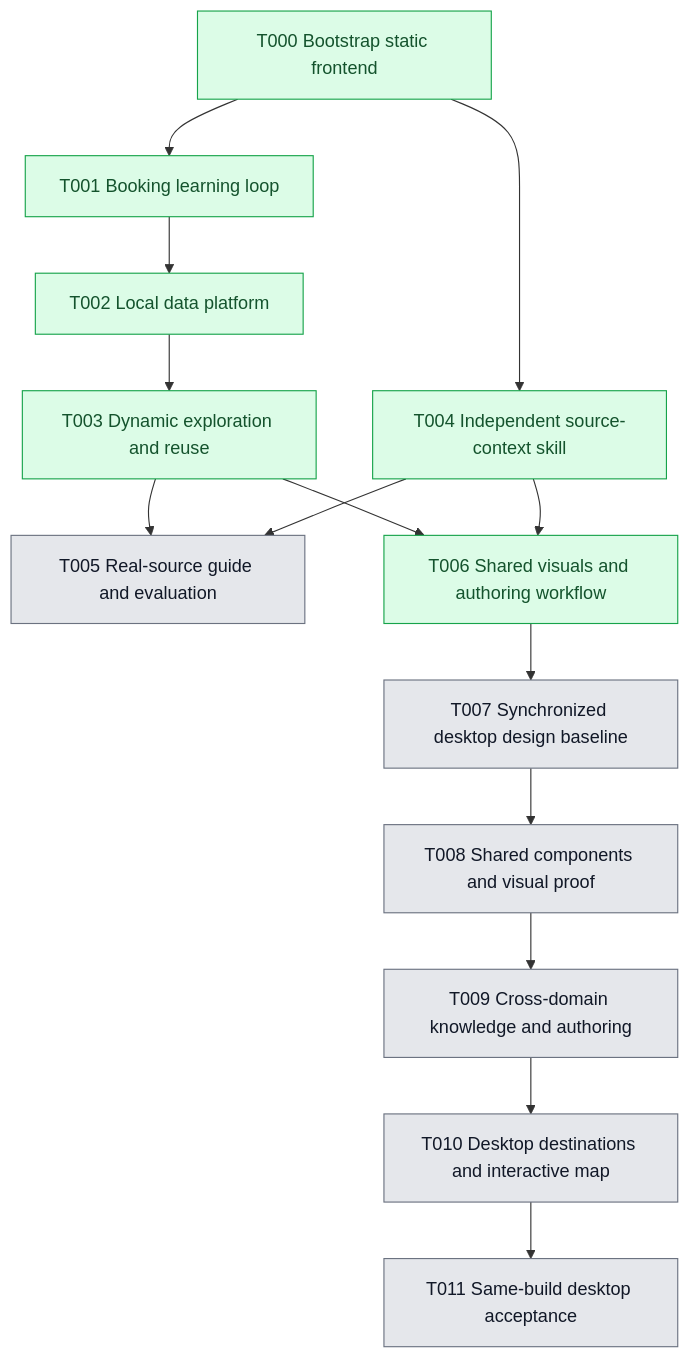
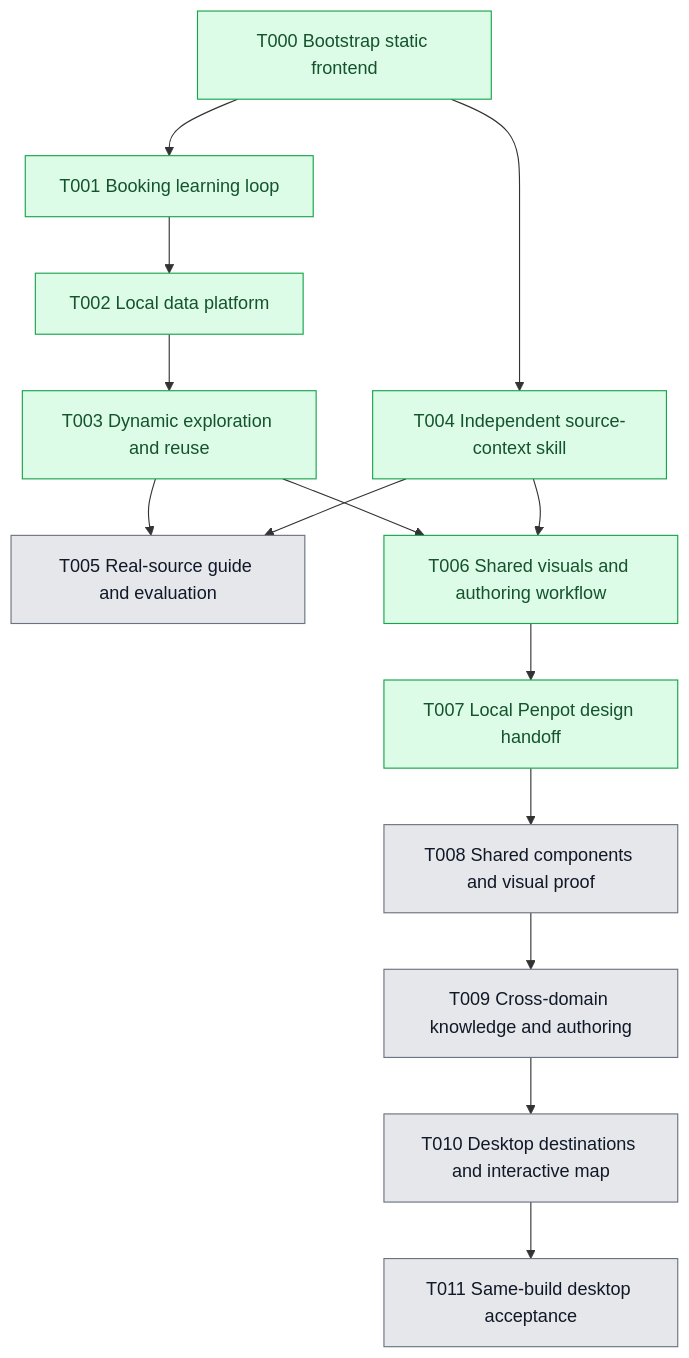
One commit to 0-sayed/atlas changed the diagram in planning/roadmap/dependencies.mmd. Above: the diagram before and after it, drawn with Mermaid. The commit also changed 10 other files, not shown here.

Commit message:
docs(t007): establish local Penpot design handoff (#10)

```diff
--- a/planning/roadmap/dependencies.mmd
+++ b/planning/roadmap/dependencies.mmd
@@ -1,35 +1,35 @@
 flowchart TD
   T000["T000 Bootstrap static frontend"]
   T001["T001 Booking learning loop"]
   T002["T002 Local data platform"]
   T003["T003 Dynamic exploration and reuse"]
   T004["T004 Independent source-context skill"]
   T005["T005 Real-source guide and evaluation"]
   T006["T006 Shared visuals and authoring workflow"]
-  T007["T007 Synchronized desktop design baseline"]
+  T007["T007 Local Penpot design handoff"]
   T008["T008 Shared components and visual proof"]
   T009["T009 Cross-domain knowledge and authoring"]
   T010["T010 Desktop destinations and interactive map"]
   T011["T011 Same-build desktop acceptance"]
 
   T000 --> T001
   T001 --> T002
   T002 --> T003
   T000 --> T004
   T003 --> T005
   T004 --> T005
   T003 --> T006
   T004 --> T006
   T006 --> T007
   T007 --> T008
   T008 --> T009
   T009 --> T010
   T010 --> T011
 
   %% T005 human evaluation remains independent; it does not block desktop delivery.
 
   %% Match each node's class to the Done column in tasks.md.
   classDef pending fill:#E5E7EB,stroke:#6B7280,color:#111827
   classDef done fill:#DCFCE7,stroke:#16A34A,color:#14532D
-  class T000,T001,T002,T003,T004,T006 done
-  class T005,T007,T008,T009,T010,T011 pending
+  class T000,T001,T002,T003,T004,T006,T007 done
+  class T005,T008,T009,T010,T011 pending
```
